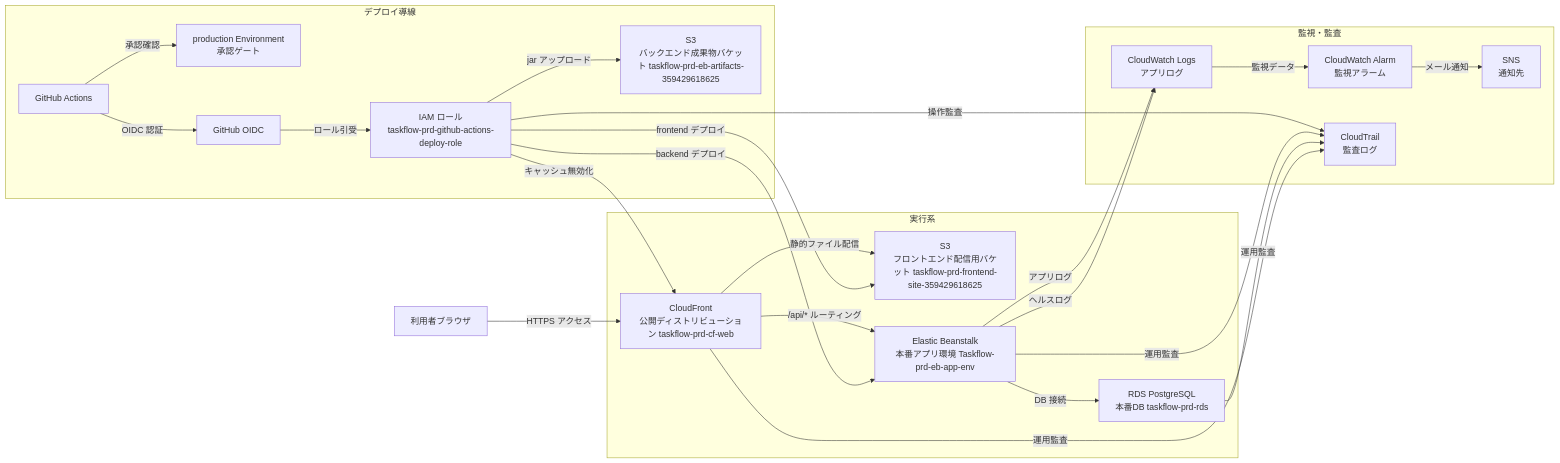
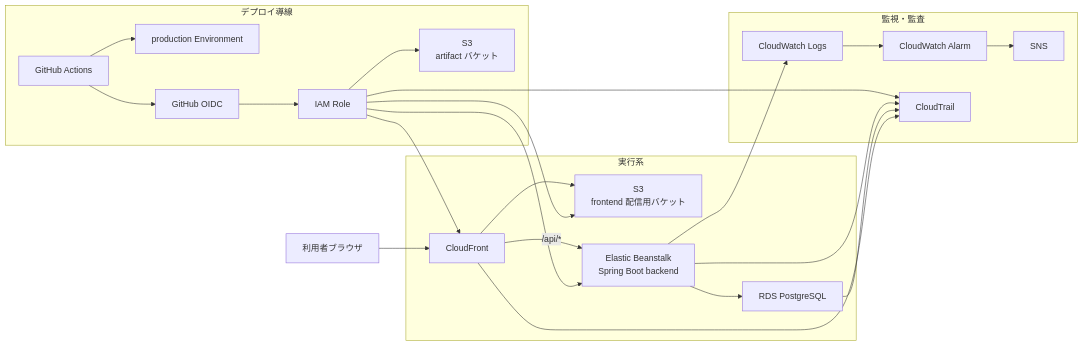
The diagram in README.md (kitune-udon/task-manager-app), drawn with Mermaid before and after one commit. The commit also changed other lines of this file, not shown here.

````diff
--- a/README.md
+++ b/README.md
@@ -148,49 +236,48 @@
 ```mermaid
 flowchart LR
   user["利用者ブラウザ"]
 
   subgraph runtime["実行系"]
-    cf["CloudFront<br/>公開ディストリビューション taskflow-prd-cf-web"]
-    s3["S3<br/>フロントエンド配信用バケット taskflow-prd-frontend-site-359429618625"]
-    eb["Elastic Beanstalk<br/>本番アプリ環境 Taskflow-prd-eb-app-env"]
-    rds["RDS PostgreSQL<br/>本番DB taskflow-prd-rds"]
+    cf["CloudFront"]
+    s3["S3<br/>frontend 配信用バケット"]
+    eb["Elastic Beanstalk<br/>Spring Boot backend"]
+    rds["RDS PostgreSQL"]
   end
 
   subgraph observe["監視・監査"]
-    logs["CloudWatch Logs<br/>アプリログ"]
-    alarm["CloudWatch Alarm<br/>監視アラーム"]
-    sns["SNS<br/>通知先"]
-    trail["CloudTrail<br/>監査ログ"]
+    logs["CloudWatch Logs"]
+    alarm["CloudWatch Alarm"]
+    sns["SNS"]
+    trail["CloudTrail"]
   end
 
   subgraph deploy["デプロイ導線"]
     gha["GitHub Actions"]
-    env["production Environment<br/>承認ゲート"]
+    env["production Environment"]
     oidc["GitHub OIDC"]
-    role["IAM ロール<br/>taskflow-prd-github-actions-deploy-role"]
-    artifacts["S3<br/>バックエンド成果物バケット taskflow-prd-eb-artifacts-359429618625"]
+    role["IAM Role"]
+    artifacts["S3<br/>artifact バケット"]
   end
 
-  user -->|"HTTPS アクセス"| cf
-  cf -->|"静的ファイル配信"| s3
-  cf -->|"/api/* ルーティング"| eb
-  eb -->|"DB 接続"| rds
+  user --> cf
+  cf --> s3
+  cf -->|/api/*| eb
+  eb --> rds
 
-  eb -->|"アプリログ"| logs
-  eb -->|"ヘルスログ"| logs
-  logs -->|"監視データ"| alarm
-  alarm -->|"メール通知"| sns
+  eb --> logs
+  logs --> alarm
+  alarm --> sns
 
-  gha -->|"承認確認"| env
-  gha -->|"OIDC 認証"| oidc
-  oidc -->|"ロール引受"| role
-  role -->|"jar アップロード"| artifacts
-  role -->|"backend デプロイ"| eb
-  role -->|"frontend デプロイ"| s3
-  role -->|"キャッシュ無効化"| cf
+  gha --> env
+  gha --> oidc
+  oidc --> role
+  role --> artifacts
+  role --> eb
+  role --> s3
+  role --> cf
 
-  role -->|"操作監査"| trail
-  eb -->|"運用監査"| trail
-  rds -->|"運用監査"| trail
-  cf -->|"運用監査"| trail
+  role --> trail
+  eb --> trail
+  rds --> trail
+  cf --> trail
 ```
````
